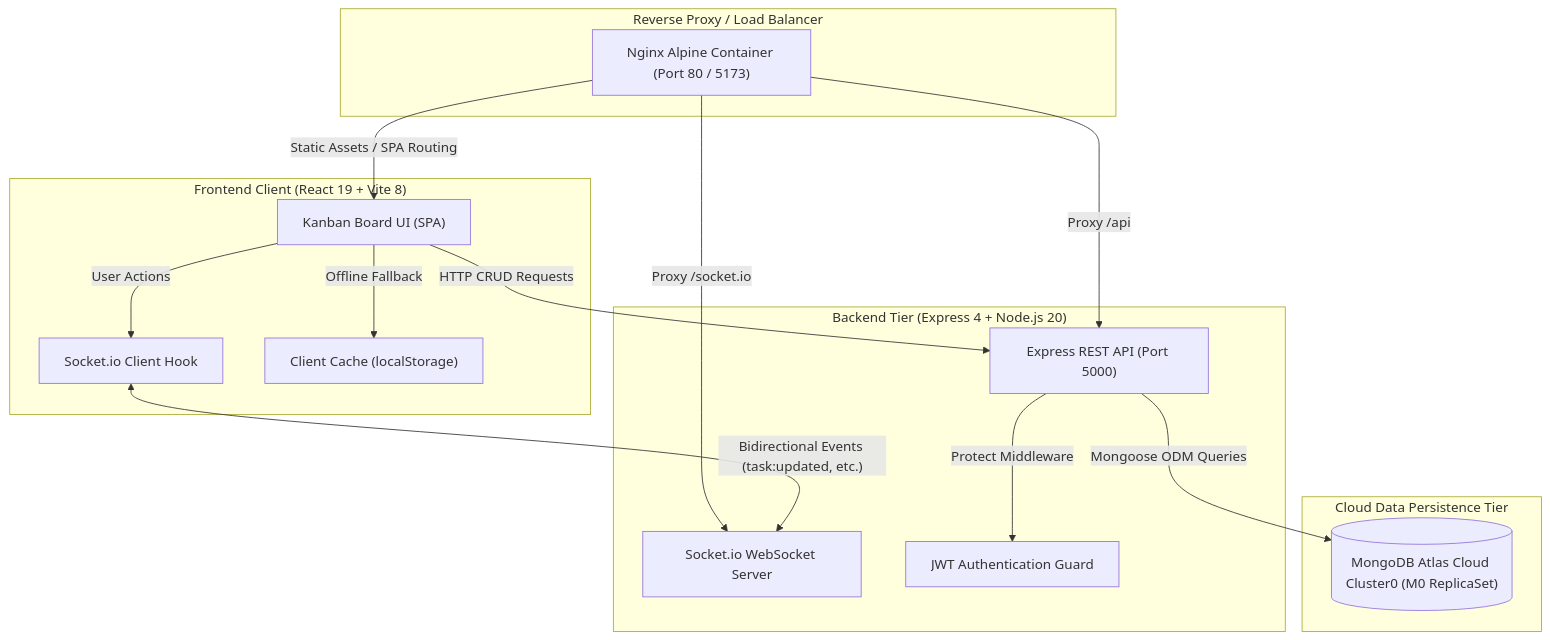
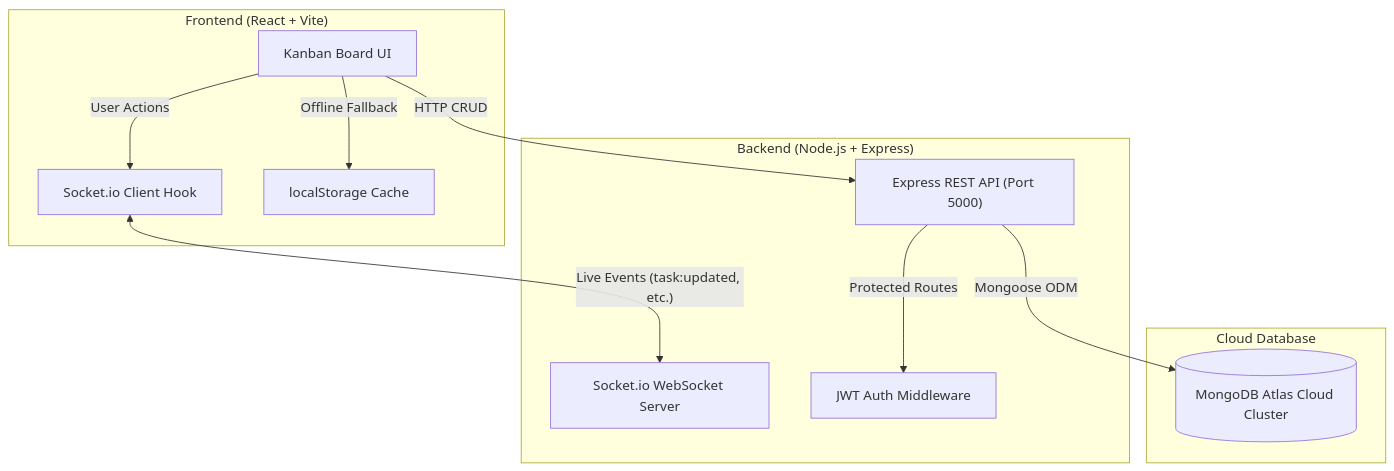
Before and after one commit to sandeepailangasingha/collabboard: the diagram in README.md, drawn with Mermaid. The commit also changed other lines of this file, not shown here.

````diff
--- a/README.md
+++ b/README.md
@@ -261,33 +60,25 @@
 ```mermaid
 graph TD
-    subgraph Client Tier ["Frontend Client (React 19 + Vite 8)"]
-        UI["Kanban Board UI (SPA)"]
+    subgraph Client ["Frontend (React + Vite)"]
+        UI["Kanban Board UI"]
         SocketClient["Socket.io Client Hook"]
-        ClientStore["Client Cache (localStorage)"]
+        Cache["localStorage Cache"]
     end
 
-    subgraph Gateway ["Reverse Proxy / Load Balancer"]
-        Nginx["Nginx Alpine Container (Port 80 / 5173)"]
+    subgraph Server ["Backend (Node.js + Express)"]
+        API["Express REST API (Port 5000)"]
+        SocketServer["Socket.io WebSocket Server"]
+        Auth["JWT Auth Middleware"]
     end
 
-    subgraph Server Tier ["Backend Tier (Express 4 + Node.js 20)"]
-        ExpressApp["Express REST API (Port 5000)"]
-        SocketServer["Socket.io WebSocket Server"]
-        AuthMiddleware["JWT Authentication Guard"]
-    end
-
-    subgraph Data Tier ["Cloud Data Persistence Tier"]
-        Atlas[("MongoDB Atlas Cloud Cluster0 (M0 ReplicaSet)")]
+    subgraph Database ["Cloud Database"]
+        Atlas[("MongoDB Atlas Cloud Cluster")]
     end
 
     UI -->|"User Actions"| SocketClient
-    UI -->|"Offline Fallback"| ClientStore
-    Nginx -->|"Static Assets / SPA Routing"| UI
-    Nginx -->|"Proxy /api"| ExpressApp
-    Nginx -->|"Proxy /socket.io"| SocketServer
-    
-    UI -->|"HTTP CRUD Requests"| ExpressApp
-    SocketClient <-->|"Bidirectional Events (task:updated, etc.)"| SocketServer
-    ExpressApp -->|"Protect Middleware"| AuthMiddleware
-    ExpressApp -->|"Mongoose ODM Queries"| Atlas
+    UI -->|"Offline Fallback"| Cache
+    UI -->|"HTTP CRUD"| API
+    SocketClient <-->|"Live Events (task:updated, etc.)"| SocketServer
+    API -->|"Protected Routes"| Auth
+    API -->|"Mongoose ODM"| Atlas
 ```
````
